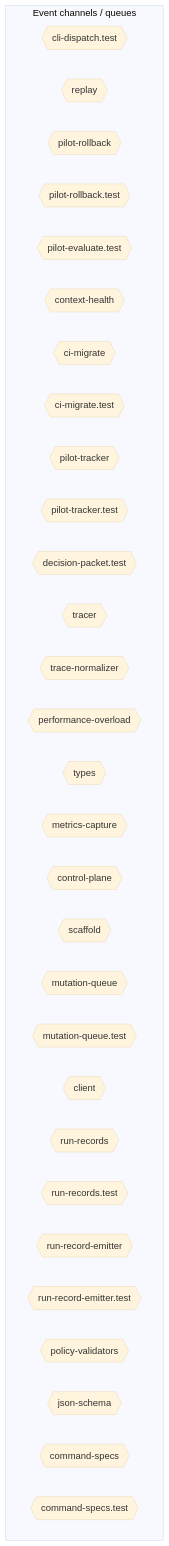
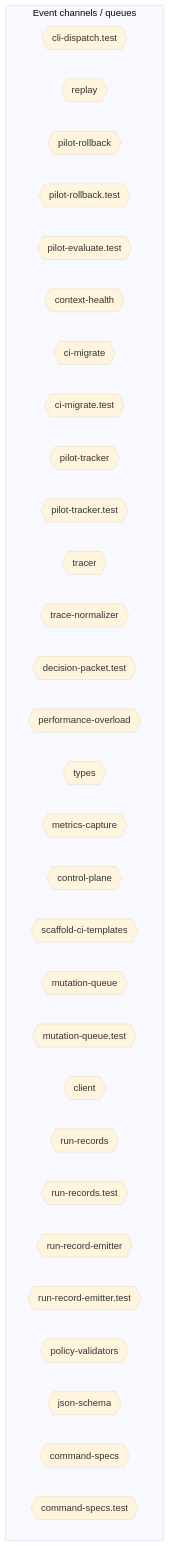
One commit to jscraik/coding-harness changed the sixth of 10 diagrams in AI/context/diagram-context.md. Above: the diagram before and after it, drawn with Mermaid (base theme). The commit also changed other lines of this file, not shown here.

First line of the commit message:
chore(diagrams): refresh architecture context

````diff
--- a/AI/context/diagram-context.md
+++ b/AI/context/diagram-context.md
@@ -1926,36 +1956,36 @@
 ```mermaid
 flowchart TD
   subgraph Channels["Event channels / queues"]
     cli_dispatch_test_54c9f17b{{"cli-dispatch.test"}}
     replay_ac203c98{{"replay"}}
     pilot_rollback_00c1f82c{{"pilot-rollback"}}
     pilot_rollback_test_e61d5a2b{{"pilot-rollback.test"}}
     pilot_evaluate_test_a2ac06fc{{"pilot-evaluate.test"}}
     context_health_80bb7da9{{"context-health"}}
     ci_migrate_78bb70b1{{"ci-migrate"}}
     ci_migrate_test_2a015bb9{{"ci-migrate.test"}}
     pilot_tracker_5c767813{{"pilot-tracker"}}
     pilot_tracker_test_80398a66{{"pilot-tracker.test"}}
-    decision_packet_test_9ea0e97b{{"decision-packet.test"}}
     tracer_1e6243a2{{"tracer"}}
     trace_normalizer_cb1be1d2{{"trace-normalizer"}}
+    decision_packet_test_9ea0e97b{{"decision-packet.test"}}
     performance_overload_c685bfcf{{"performance-overload"}}
-    types_10_75e5a4a0{{"types"}}
+    types_9_1db4641f{{"types"}}
     metrics_capture_1d1a2c08{{"metrics-capture"}}
     control_plane_96826665{{"control-plane"}}
-    scaffold_db8a7260{{"scaffold"}}
+    scaffold_ci_templates_2afd6392{{"scaffold-ci-templates"}}
     mutation_queue_ce5a530e{{"mutation-queue"}}
     mutation_queue_test_10b599e8{{"mutation-queue.test"}}
     client_1_914e1681{{"client"}}
     run_records_f616aa7c{{"run-records"}}
     run_records_test_3ee6a0e3{{"run-records.test"}}
     run_record_emitter_00168a3a{{"run-record-emitter"}}
     run_record_emitter_test_5475c0da{{"run-record-emitter.test"}}
     policy_validators_6682e192{{"policy-validators"}}
     json_schema_74a768d7{{"json-schema"}}
     command_specs_69167c63{{"command-specs"}}
     command_specs_test_7f693e85{{"command-specs.test"}}
   end
   classDef eventNode fill:#db2777,color:#fff
 
 ```
````
